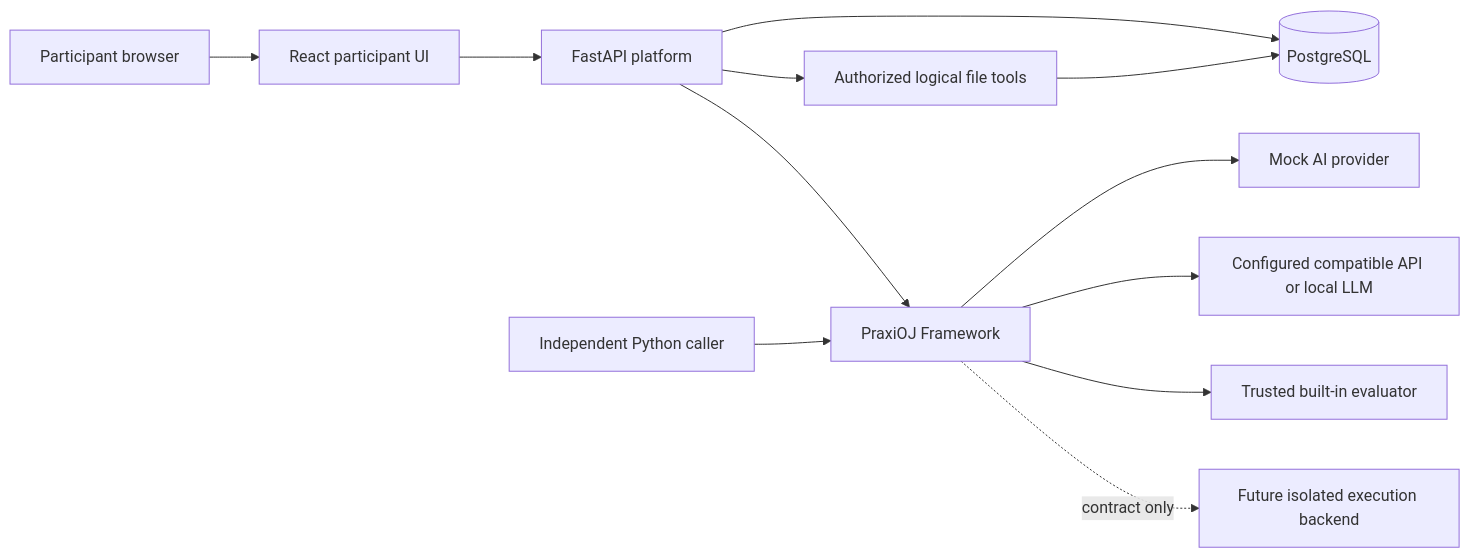
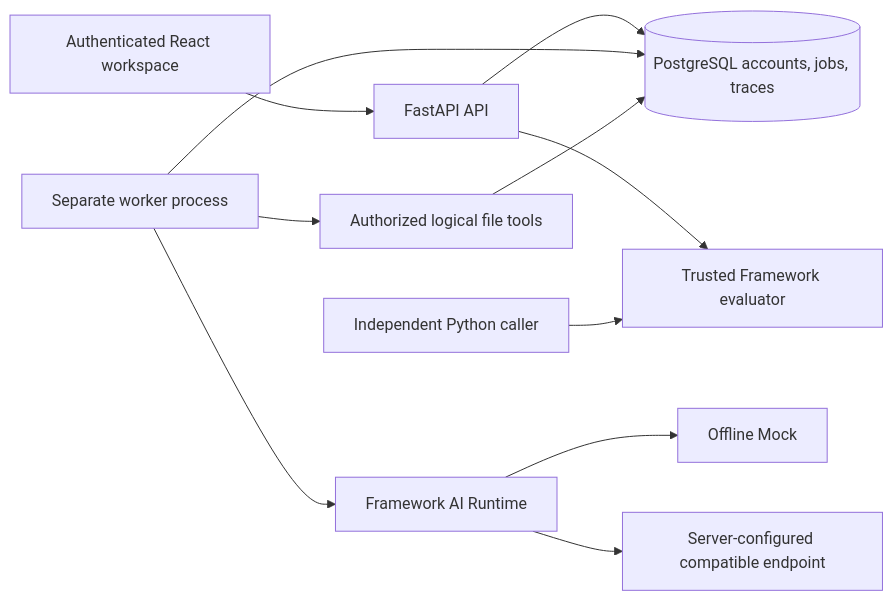
The first of 2 diagrams in docs/architecture/overview.md (casing1/praxioj), drawn with Mermaid before and after one commit. The commit also changed other lines of this file and 75 other files, not shown here.

````diff
--- a/docs/architecture/overview.md
+++ b/docs/architecture/overview.md
@@ -7,14 +5,13 @@
 ```mermaid
 flowchart LR
-    Participant[Participant browser] --> Web[React participant UI]
-    Web --> API[FastAPI platform]
-    API --> DB[(PostgreSQL)]
-    API --> Framework[PraxiOJ Framework]
-    Python[Independent Python caller] --> Framework
-    Framework --> Mock[Mock AI provider]
-    Framework --> Compatible[Configured compatible API or local LLM]
-    API --> Tools[Authorized logical file tools]
+    Browser[Authenticated React workspace] --> API[FastAPI API]
+    API --> DB[(PostgreSQL accounts, jobs, traces)]
+    Worker[Separate worker process] --> DB
+    Worker --> Runtime[Framework AI Runtime]
+    Runtime --> Mock[Offline Mock]
+    Runtime --> Provider[Server-configured compatible endpoint]
+    Worker --> Tools[Authorized logical file tools]
     Tools --> DB
-    Framework --> Builtin[Trusted built-in evaluator]
-    Framework -. contract only .-> Execution[Future isolated execution backend]
+    API --> Judge[Trusted Framework evaluator]
+    Python[Independent Python caller] --> Judge
 ```
````
